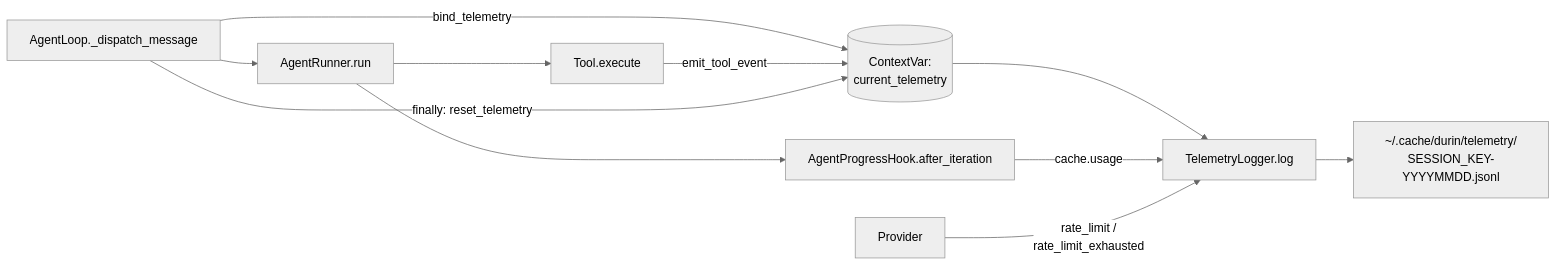
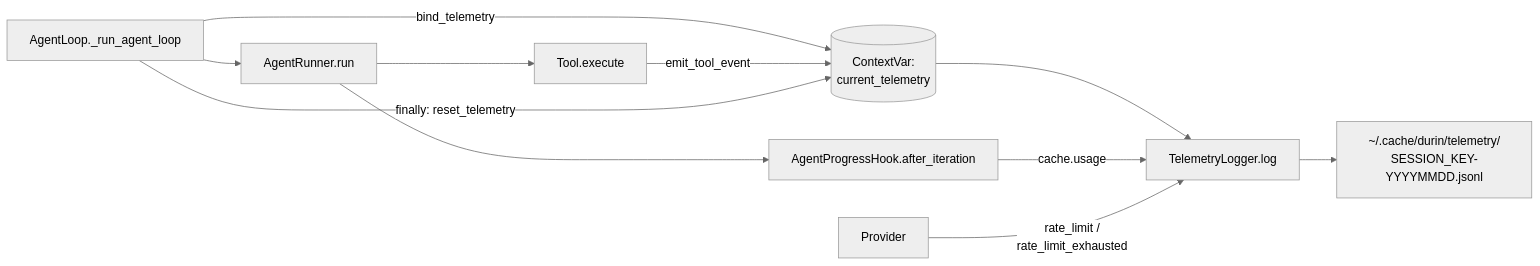
The first of 2 diagrams in docs/architecture/observability.md (mmarmol/durin), drawn with Mermaid (neutral theme) before and after one commit. The commit also changed other lines of this file and 12 other files, not shown here.

First line of the commit message:
docs(architecture): sync architecture docs with code (QA audit)

````diff
--- a/docs/architecture/observability.md
+++ b/docs/architecture/observability.md
@@ -11,13 +11,13 @@
 ```mermaid
 flowchart LR
-    L["AgentLoop._dispatch_message"] -->|bind_telemetry| CV[("ContextVar:<br/>current_telemetry")]
+    L["AgentLoop._run_agent_loop"] -->|bind_telemetry| CV[("ContextVar:<br/>current_telemetry")]
     L --> R["AgentRunner.run"]
     R --> T1["Tool.execute"]
     T1 -->|emit_tool_event| CV
     CV --> W["TelemetryLogger.log"]
     W --> J["~/.cache/durin/telemetry/<br/>SESSION_KEY-YYYYMMDD.jsonl"]
     R --> H["AgentProgressHook.after_iteration"]
     H -->|cache.usage| W
     P["Provider"] -->|rate_limit /<br/>rate_limit_exhausted| W
     L -->|finally: reset_telemetry| CV
 ```
````
